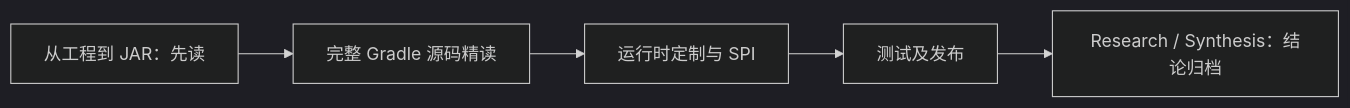
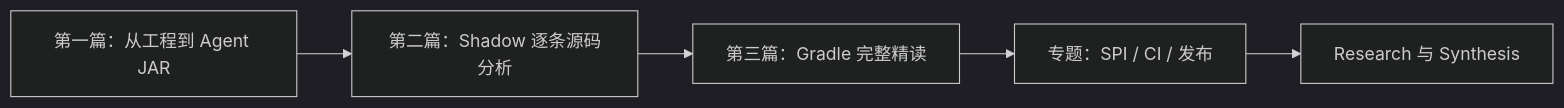
One commit to datafoxlabs/datafox-java-agent changed the diagram in docs/research/active/r-002_splunk-java-agent-architecture/notes/README.md. Above: the diagram before and after it, drawn with Mermaid (dark theme). The commit also changed other lines of this file, not shown here.

Commit message:
docs(research): index and connect Splunk Shadow source analysis

````diff
--- a/docs/research/active/r-002_splunk-java-agent-architecture/notes/README.md
+++ b/docs/research/active/r-002_splunk-java-agent-architecture/notes/README.md
@@ -7,7 +7,7 @@
 ```mermaid
 flowchart LR
-    A["从工程到 JAR：先读"] --> B["完整 Gradle 源码精读"]
-    B --> C["运行时定制与 SPI"]
-    C --> D["测试及发布"]
-    D --> E["Research / Synthesis：结论归档"]
+    A["第一篇：从工程到 Agent JAR"] --> B["第二篇：Shadow 逐条源码分析"]
+    B --> C["第三篇：Gradle 完整精读"]
+    C --> D["专题：SPI / CI / 发布"]
+    D --> E["Research 与 Synthesis"]
 ```
````
